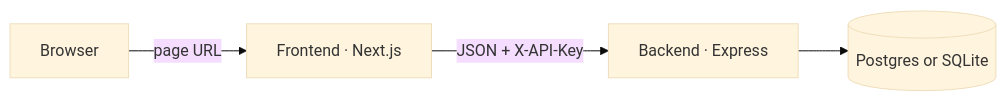
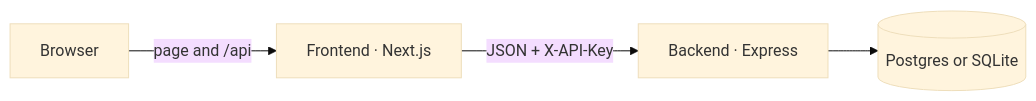
One commit to abdulsamad245/willow-clinic changed the first of 2 diagrams in README.md. Above: the diagram before and after it, drawn with Mermaid (base theme). The commit also changed other lines of this file and 21 other files, not shown here.

First line of the commit message:
feat: keep the API key on the server and brand the page

````diff
--- a/README.md
+++ b/README.md
@@ -16,11 +16,11 @@
 ```mermaid
 flowchart LR
   user[Browser]
   web[Frontend · Next.js]
   api[Backend · Express]
   db[(Postgres or SQLite)]
 
-  user -->|page URL| web
+  user -->|page and /api| web
   web -->|"JSON + X-API-Key"| api
   api --> db
 ```
````
